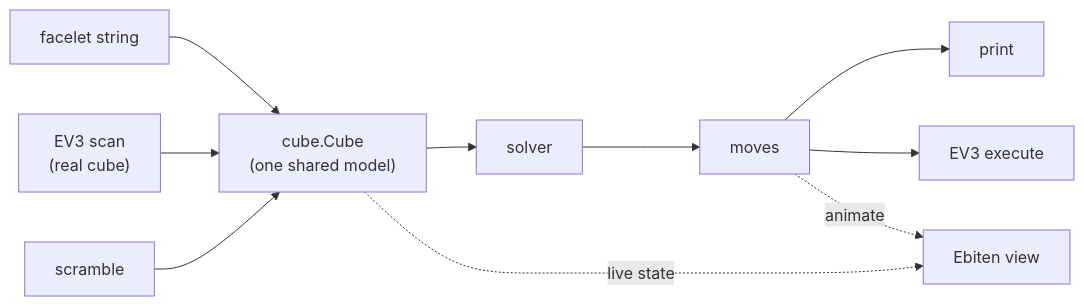
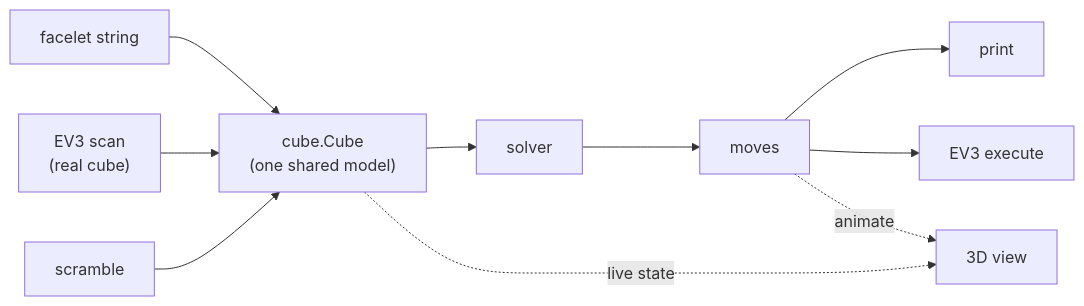
One commit to danielriddell21/rubix changed the diagram in README.md. Above: the diagram before and after it, drawn with Mermaid. The commit also changed other lines of this file, not shown here.

````diff
--- a/README.md
+++ b/README.md
@@ -91,12 +56,12 @@
 ```mermaid
 flowchart LR
     FS["facelet string"] --> M
     SCAN["EV3 scan<br/>(real cube)"] --> M
     SCR["scramble"] --> M
     M["cube.Cube<br/>(one shared model)"] --> SOL["solver"]
     SOL --> MV["moves"]
     MV --> PR["print"]
     MV --> EX["EV3 execute"]
-    M -. live state .-> V["Ebiten view"]
+    M -. live state .-> V["3D view"]
     MV -. animate .-> V
 ```
````
